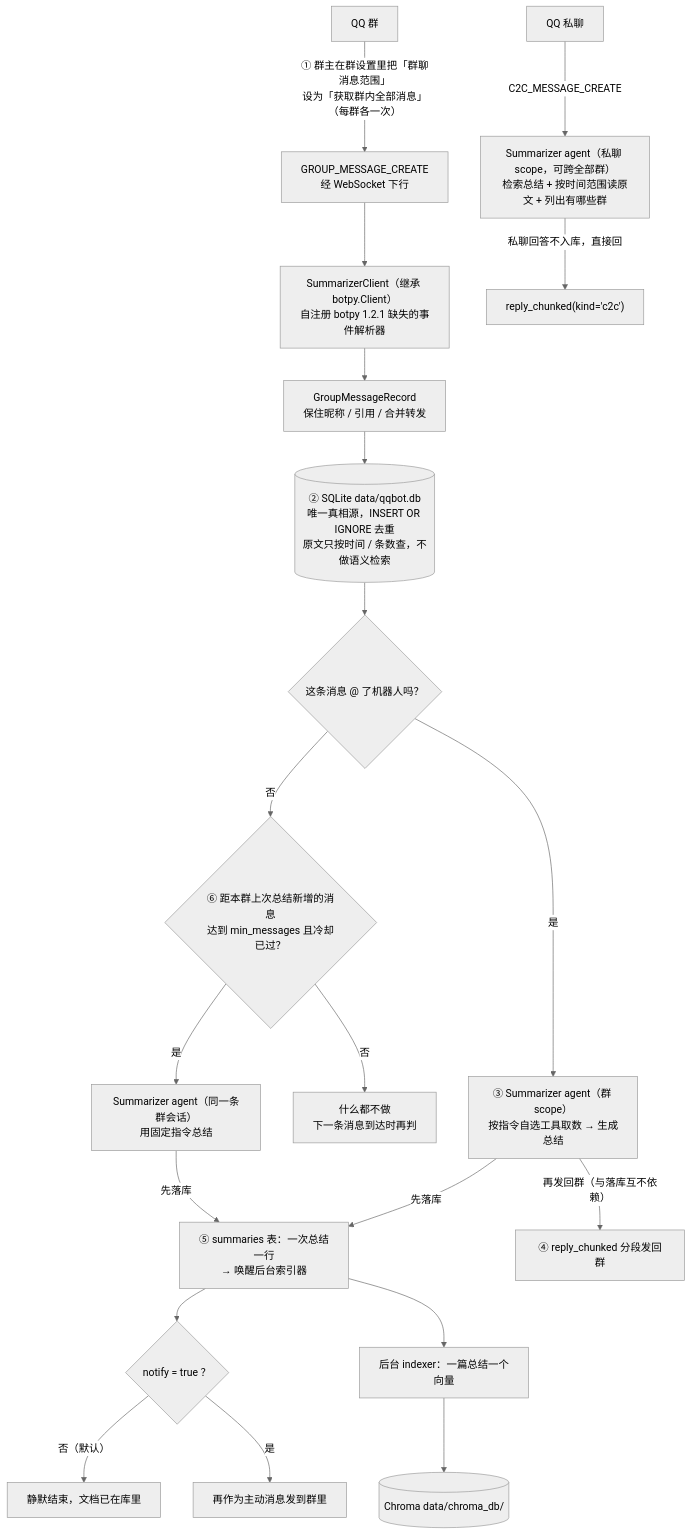
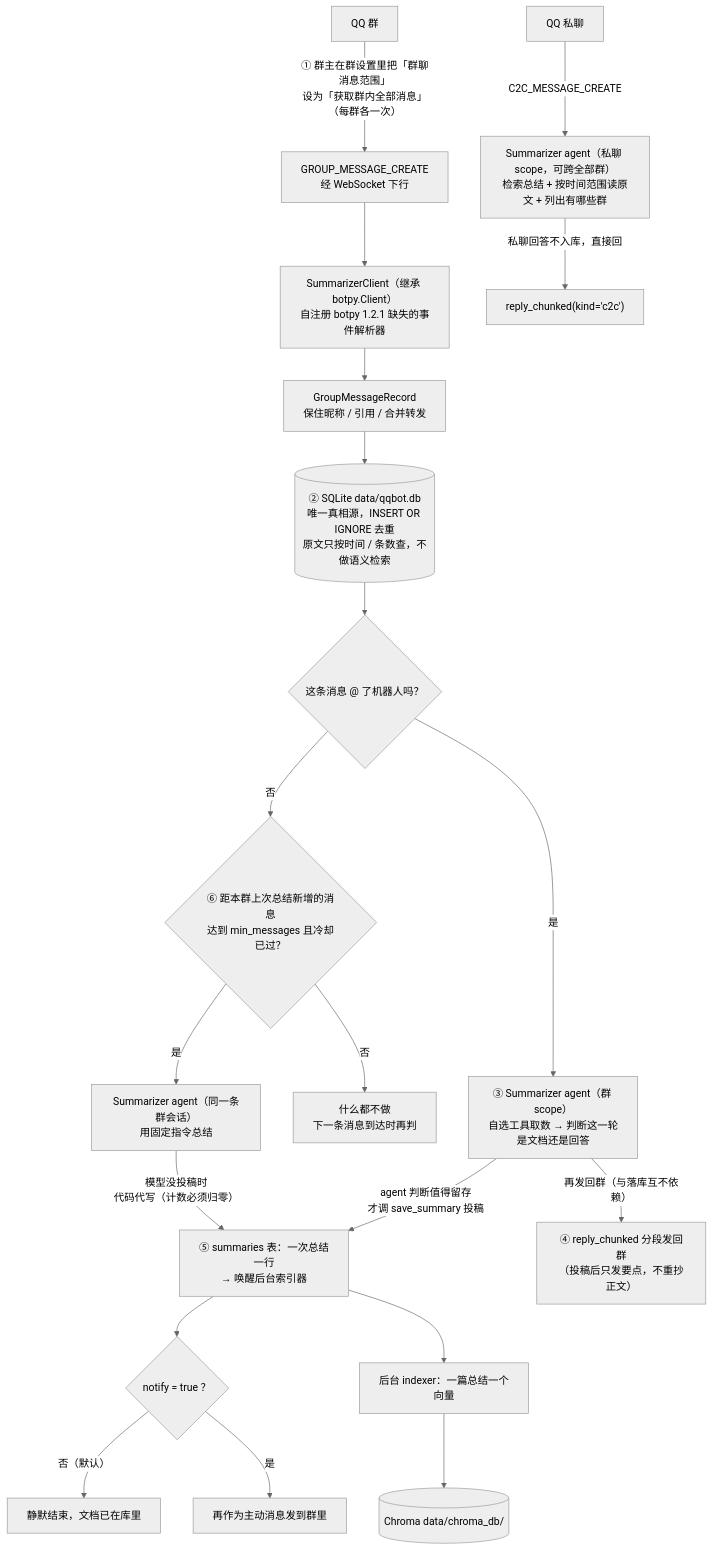
Before and after one commit to ttzc/QQ_Summarizer_bot: the first of 2 diagrams in README.md, drawn with Mermaid (neutral theme). The commit also changed other lines of this file and 20 other files, not shown here.

````diff
--- a/README.md
+++ b/README.md
@@ -24,27 +26,27 @@
 ```mermaid
 flowchart TB
     G["QQ 群"] -->|"① 群主在群设置里把「群聊消息范围」<br/>设为「获取群内全部消息」（每群各一次）"| WS["GROUP_MESSAGE_CREATE<br/>经 WebSocket 下行"]
     WS --> C["SummarizerClient（继承 botpy.Client）<br/>自注册 botpy 1.2.1 缺失的事件解析器"]
     C --> R["GroupMessageRecord<br/>保住昵称 / 引用 / 合并转发"]
     R --> DB[("② SQLite data/qqbot.db<br/>唯一真相源，INSERT OR IGNORE 去重<br/>原文只按时间 / 条数查，不做语义检索")]
 
     DB --> ATQ{"这条消息 @ 了机器人吗？"}
-    ATQ -->|"是"| GA["③ Summarizer agent（群 scope）<br/>按指令自选工具取数 → 生成总结"]
+    ATQ -->|"是"| GA["③ Summarizer agent（群 scope）<br/>自选工具取数 → 判断这一轮是文档还是回答"]
     ATQ -->|"否"| CNTQ{"⑥ 距本群上次总结新增的消息<br/>达到 min_messages 且冷却已过？"}
     CNTQ -->|"否"| NOTHING["什么都不做<br/>下一条消息到达时再判"]
     CNTQ -->|"是"| AUTO["Summarizer agent（同一条群会话）<br/>用固定指令总结"]
 
     SUM["⑤ summaries 表：一次总结一行<br/>→ 唤醒后台索引器"]
-    GA -->|"先落库"| SUM
-    GA -->|"再发回群（与落库互不依赖）"| REPLY["④ reply_chunked 分段发回群"]
-    AUTO -->|"先落库"| SUM
+    GA -->|"agent 判断值得留存<br/>才调 save_summary 投稿"| SUM
+    GA -->|"再发回群（与落库互不依赖）"| REPLY["④ reply_chunked 分段发回群<br/>（投稿后只发要点，不重抄正文）"]
+    AUTO -->|"模型没投稿时<br/>代码代写（计数必须归零）"| SUM
     SUM --> NQ{"notify = true ？"}
     NQ -->|"否（默认）"| QUIET["静默结束，文档已在库里"]
     NQ -->|"是"| PUSH["再作为主动消息发到群里"]
 
     SUM --> IX["后台 indexer：一篇总结一个向量"]
     IX --> CH[("Chroma data/chroma_db/")]
 
     C2C["QQ 私聊"] -->|"C2C_MESSAGE_CREATE"| PA["Summarizer agent（私聊 scope，可跨全部群）<br/>检索总结 + 按时间范围读原文 + 列出有哪些群"]
     PA -->|"私聊回答不入库，直接回"| PREPLY["reply_chunked(kind='c2c')"]
 ```
````
